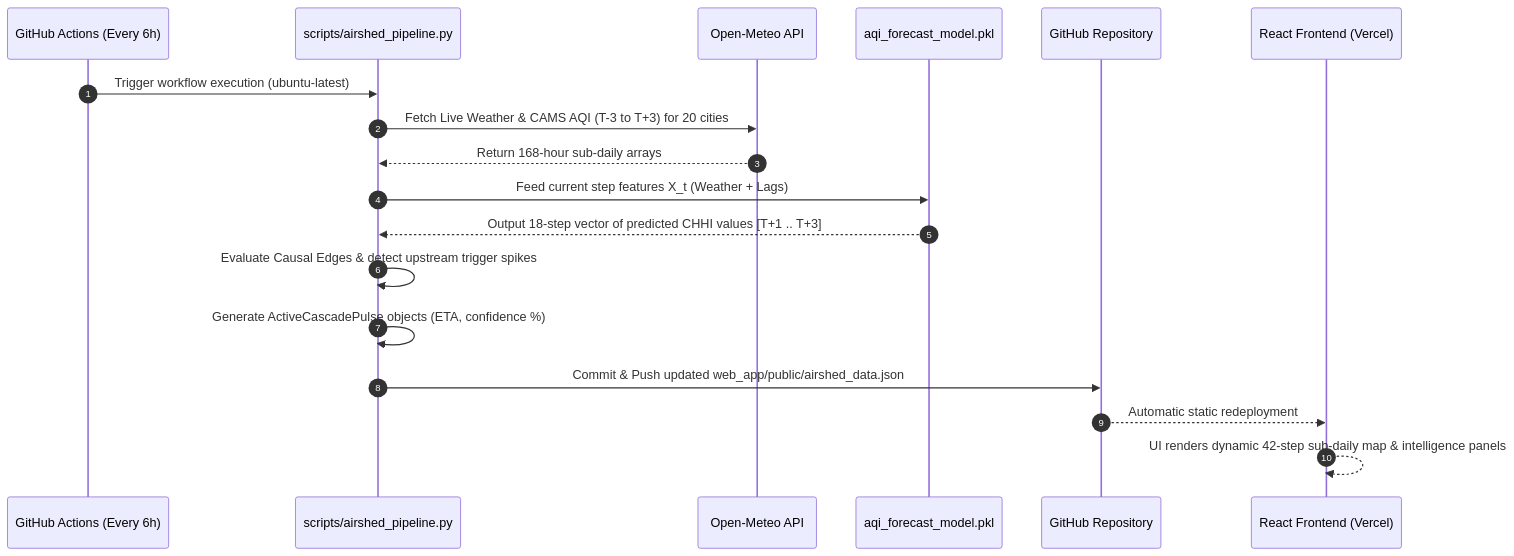
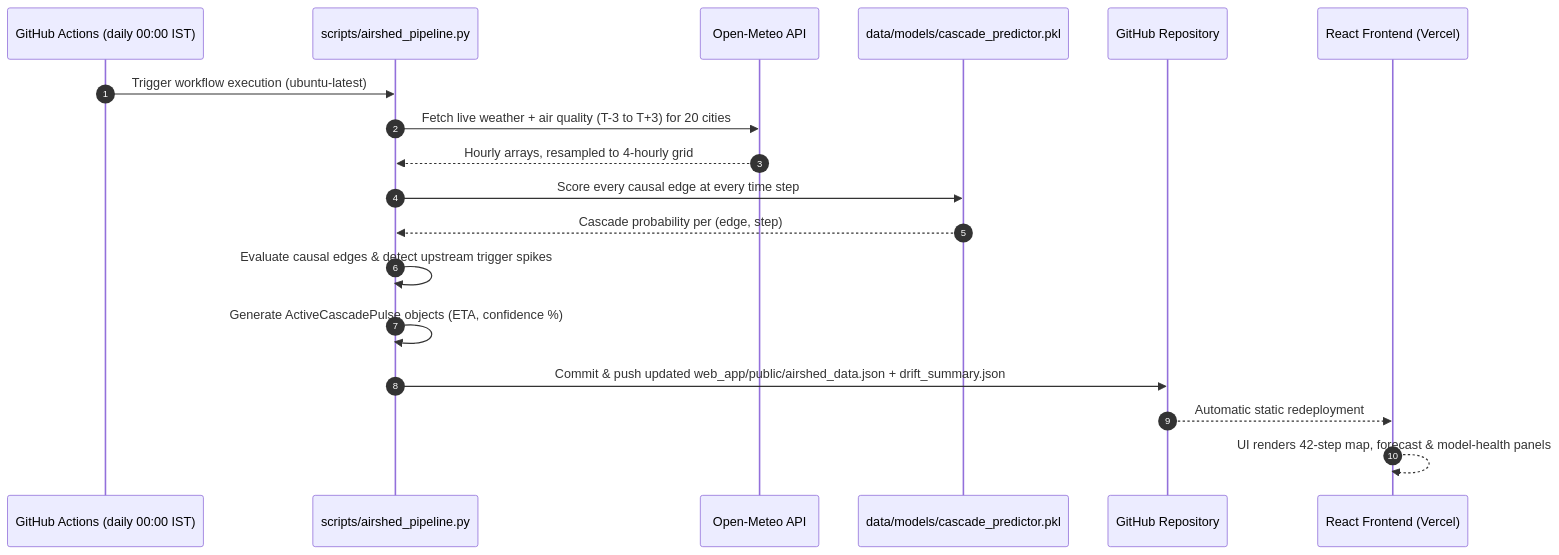
The diagram in README.md (anish1206/air-quality-prediction), drawn with Mermaid before and after one commit. The commit also changed other lines of this file and 105 other files, not shown here.

First line of the commit message:
Clean up repo and retrain cascade model (simple production-parity version)

````diff
--- a/README.md
+++ b/README.md
@@ -3,22 +6,21 @@
 ```mermaid
 sequenceDiagram
     autonumber
-    participant Cron as GitHub Actions (Every 6h)
+    participant Cron as GitHub Actions (daily 00:00 IST)
     participant Pipe as scripts/airshed_pipeline.py
     participant API as Open-Meteo API
-    participant Model as aqi_forecast_model.pkl
+    participant Model as data/models/cascade_predictor.pkl
     participant Repo as GitHub Repository
     participant App as React Frontend (Vercel)
 
     Cron->>Pipe: Trigger workflow execution (ubuntu-latest)
-    Pipe->>API: Fetch Live Weather & CAMS AQI (T-3 to T+3) for 20 cities
-    API-->>Pipe: Return 168-hour sub-daily arrays
-    Pipe->>Model: Feed current step features X_t (Weather + Lags)
-    Model-->>Pipe: Output 18-step vector of predicted CHHI values [T+1 .. T+3]
-    Pipe->>Pipe: Evaluate Causal Edges & detect upstream trigger spikes
+    Pipe->>API: Fetch live weather + air quality (T-3 to T+3) for 20 cities
+    API-->>Pipe: Hourly arrays, resampled to 4-hourly grid
+    Pipe->>Model: Score every causal edge at every time step
+    Model-->>Pipe: Cascade probability per (edge, step)
+    Pipe->>Pipe: Evaluate causal edges & detect upstream trigger spikes
     Pipe->>Pipe: Generate ActiveCascadePulse objects (ETA, confidence %)
-    Pipe->>Repo: Commit & Push updated web_app/public/airshed_data.json
+    Pipe->>Repo: Commit & push updated web_app/public/airshed_data.json + drift_summary.json
     Repo-->>App: Automatic static redeployment
-    App-->>App: UI renders dynamic 42-step sub-daily map & intelligence panels
-
+    App-->>App: UI renders 42-step map, forecast & model-health panels
 ```
````
